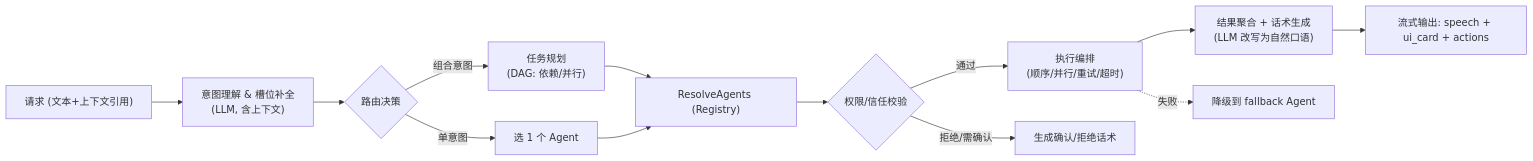
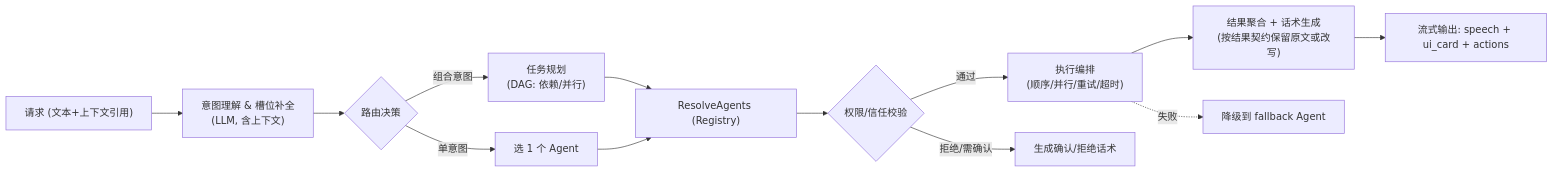
The third of 6 diagrams in docs/architecture/cockpit-agent-architecture.md (SuperdeMan/cockpit-agent), drawn with Mermaid before and after one commit. The commit also changed other lines of this file and 13 other files, not shown here.

````diff
--- a/docs/architecture/cockpit-agent-architecture.md
+++ b/docs/architecture/cockpit-agent-architecture.md
@@ -419,15 +419,15 @@
 ```mermaid
 flowchart LR
     In["请求 (文本+上下文引用)"] --> NLU["意图理解 & 槽位补全<br/>(LLM, 含上下文)"]
     NLU --> Route{"路由决策"}
     Route -->|"单意图"| Single["选 1 个 Agent"]
     Route -->|"组合意图"| Plan["任务规划<br/>(DAG: 依赖/并行)"]
     Plan --> Resolve["ResolveAgents (Registry)"]
     Single --> Resolve
     Resolve --> Perm{"权限/信任校验"}
     Perm -->|"通过"| Exec["执行编排<br/>(顺序/并行/重试/超时)"]
     Perm -->|"拒绝/需确认"| Confirm["生成确认/拒绝话术"]
-    Exec --> Agg["结果聚合 + 话术生成<br/>(LLM 改写为自然口语)"]
+    Exec --> Agg["结果聚合 + 话术生成<br/>(按结果契约保留原文或改写)"]
     Agg --> Out["流式输出: speech + ui_card + actions"]
     Exec -.失败.-> Fallback["降级到 fallback Agent"]
 ```
````
